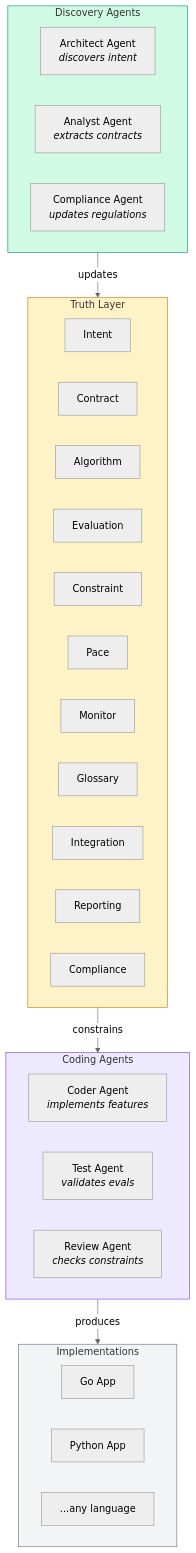
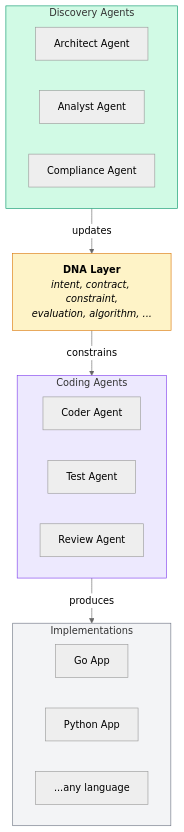
One commit to panbanda/dna changed the first of 2 diagrams in README.md. Above: the diagram before and after it, drawn with Mermaid (neutral theme). The commit also changed other lines of this file, not shown here.

Commit message:
docs: simplify diagrams with abbreviated DNA layer

````diff
--- a/README.md
+++ b/README.md
@@ -63,43 +63,31 @@
 ```mermaid
 flowchart TB
     subgraph discovery["Discovery Agents"]
-        architect["Architect Agent<br/><i>discovers intent</i>"]
-        analyst["Analyst Agent<br/><i>extracts contracts</i>"]
-        auditor["Compliance Agent<br/><i>updates regulations</i>"]
+        architect["Architect Agent"]
+        analyst["Analyst Agent"]
+        auditor["Compliance Agent"]
     end
 
-    subgraph truth["Truth Layer"]
-        intent["Intent"]
-        contract["Contract"]
-        algorithm["Algorithm"]
-        evaluation["Evaluation"]
-        constraint["Constraint"]
-        pace["Pace"]
-        monitor["Monitor"]
-        glossary["Glossary"]
-        integration["Integration"]
-        reporting["Reporting"]
-        compliance["Compliance"]
-    end
+    dna["<b>DNA Layer</b><br/><i>intent, contract, constraint,<br/>evaluation, algorithm, ...</i>"]
 
     subgraph coding["Coding Agents"]
-        coder["Coder Agent<br/><i>implements features</i>"]
-        tester["Test Agent<br/><i>validates evals</i>"]
-        reviewer["Review Agent<br/><i>checks constraints</i>"]
+        coder["Coder Agent"]
+        tester["Test Agent"]
+        reviewer["Review Agent"]
     end
 
     subgraph impl["Implementations"]
         impl1["Go App"]
         impl2["Python App"]
         impl3["...any language"]
     end
 
-    discovery -->|"updates"| truth
-    truth -->|"constrains"| coding
+    discovery -->|"updates"| dna
+    dna -->|"constrains"| coding
     coding -->|"produces"| impl
 
     style discovery fill:#d1fae5,stroke:#059669
-    style truth fill:#fef3c7,stroke:#d97706
+    style dna fill:#fef3c7,stroke:#d97706
     style coding fill:#ede9fe,stroke:#7c3aed
     style impl fill:#f3f4f6,stroke:#6b7280
 ```
````
